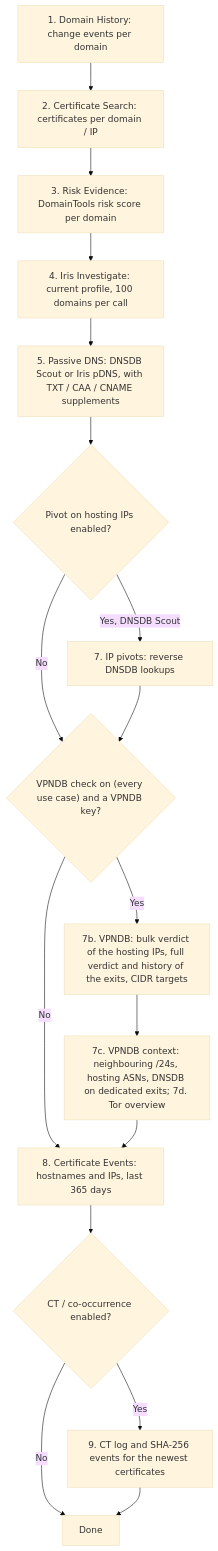
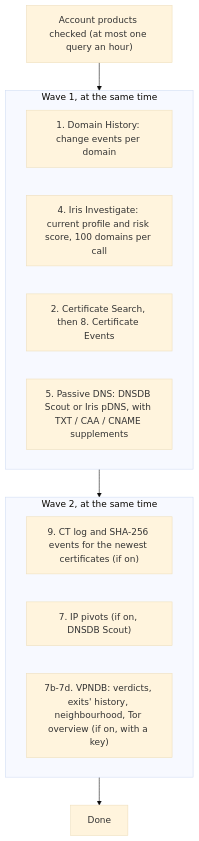
Before and after one commit to mmesojedec/DomainTools_Analysis_Detection: the fourth of 8 diagrams in docs/WORKFLOWS.md, drawn with Mermaid (base theme). The commit also changed other lines of this file and 44 other files, not shown here.

````diff
--- a/docs/WORKFLOWS.md
+++ b/docs/WORKFLOWS.md
@@ -101,19 +110,17 @@
 ```mermaid
 flowchart TD
-    S1["1. Domain History: change events per domain"] --> S2["2. Certificate Search: certificates per domain / IP"]
-    S2 --> S3["3. Risk Evidence: DomainTools risk score per domain"]
-    S3 --> S4["4. Iris Investigate: current profile, 100 domains per call"]
-    S4 --> S5["5. Passive DNS: DNSDB Scout or Iris pDNS, with TXT / CAA / CNAME supplements"]
-    S5 --> S7{"Pivot on hosting IPs enabled?"}
-    S7 -- "Yes, DNSDB Scout" --> S7a["7. IP pivots: reverse DNSDB lookups"]
-    S7 -- "No" --> S7v
-    S7a --> S7v{"VPNDB check on (every use case) and a VPNDB key?"}
-    S7v -- "Yes" --> S7w["7b. VPNDB: bulk verdict of the hosting IPs, full verdict and history of the exits, CIDR targets"]
-    S7w --> S7c["7c. VPNDB context: neighbouring /24s, hosting ASNs, DNSDB on dedicated exits; 7d. Tor overview"]
-    S7v -- "No" --> S8
-    S7c --> S8["8. Certificate Events: hostnames and IPs, last 365 days"]
-    S8 --> S9{"CT / co-occurrence enabled?"}
-    S9 -- "Yes" --> S9b["9. CT log and SHA-256 events for the newest certificates"]
-    S9 -- "No" --> Z["Done"]
-    S9b --> Z
+    A["Account products checked (at most one query an hour)"] --> W1
+    subgraph W1["Wave 1, at the same time"]
+        S1["1. Domain History: change events per domain"]
+        S4["4. Iris Investigate: current profile and risk score, 100 domains per call"]
+        S2["2. Certificate Search, then 8. Certificate Events"]
+        S5["5. Passive DNS: DNSDB Scout or Iris pDNS, with TXT / CAA / CNAME supplements"]
+    end
+    W1 --> W2
+    subgraph W2["Wave 2, at the same time"]
+        S9["9. CT log and SHA-256 events for the newest certificates (if on)"]
+        S7["7. IP pivots (if on, DNSDB Scout)"]
+        S7w["7b-7d. VPNDB: verdicts, exits' history, neighbourhood, Tor overview (if on, with a key)"]
+    end
+    W2 --> Z["Done"]
 ```
````
